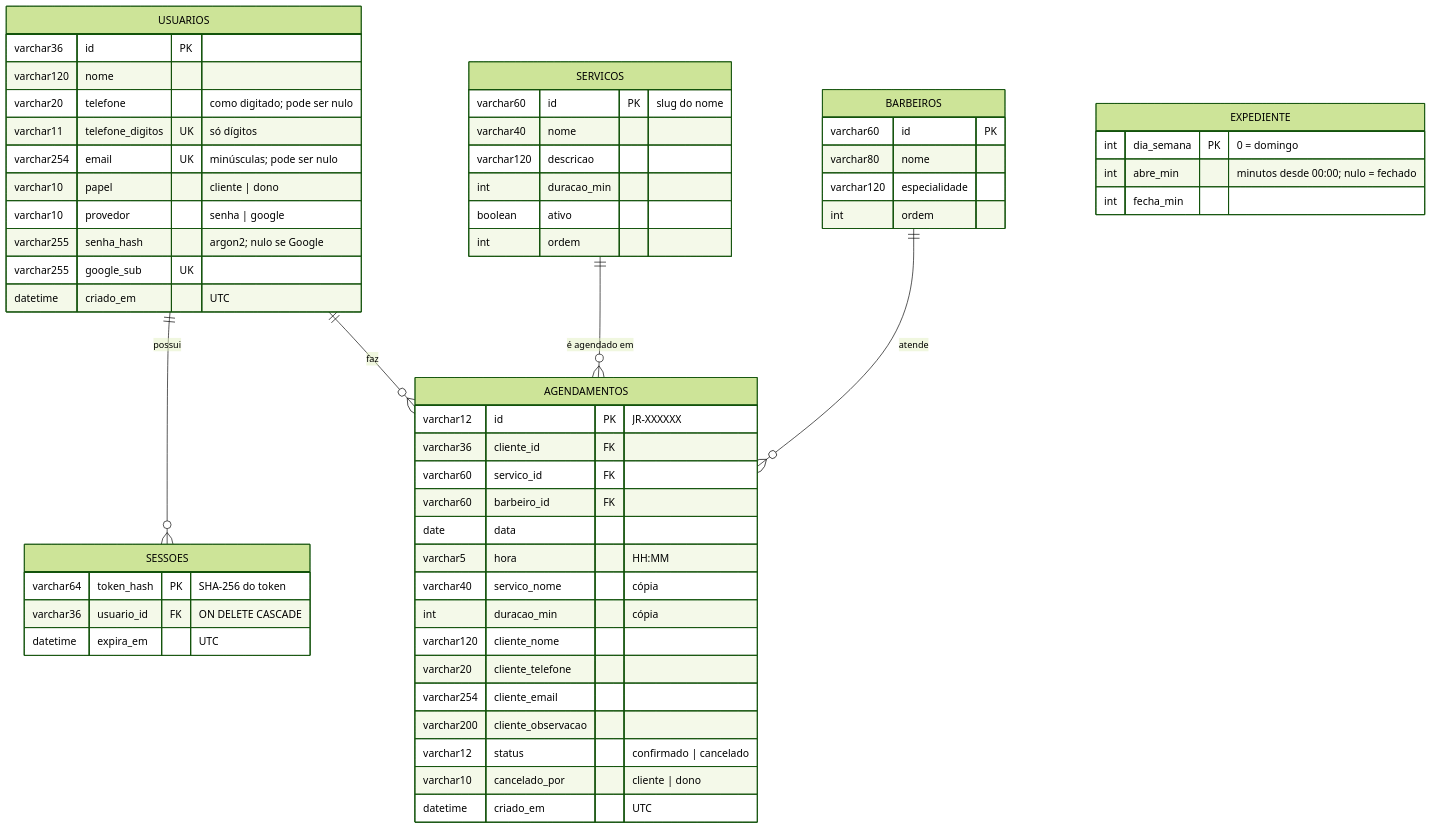
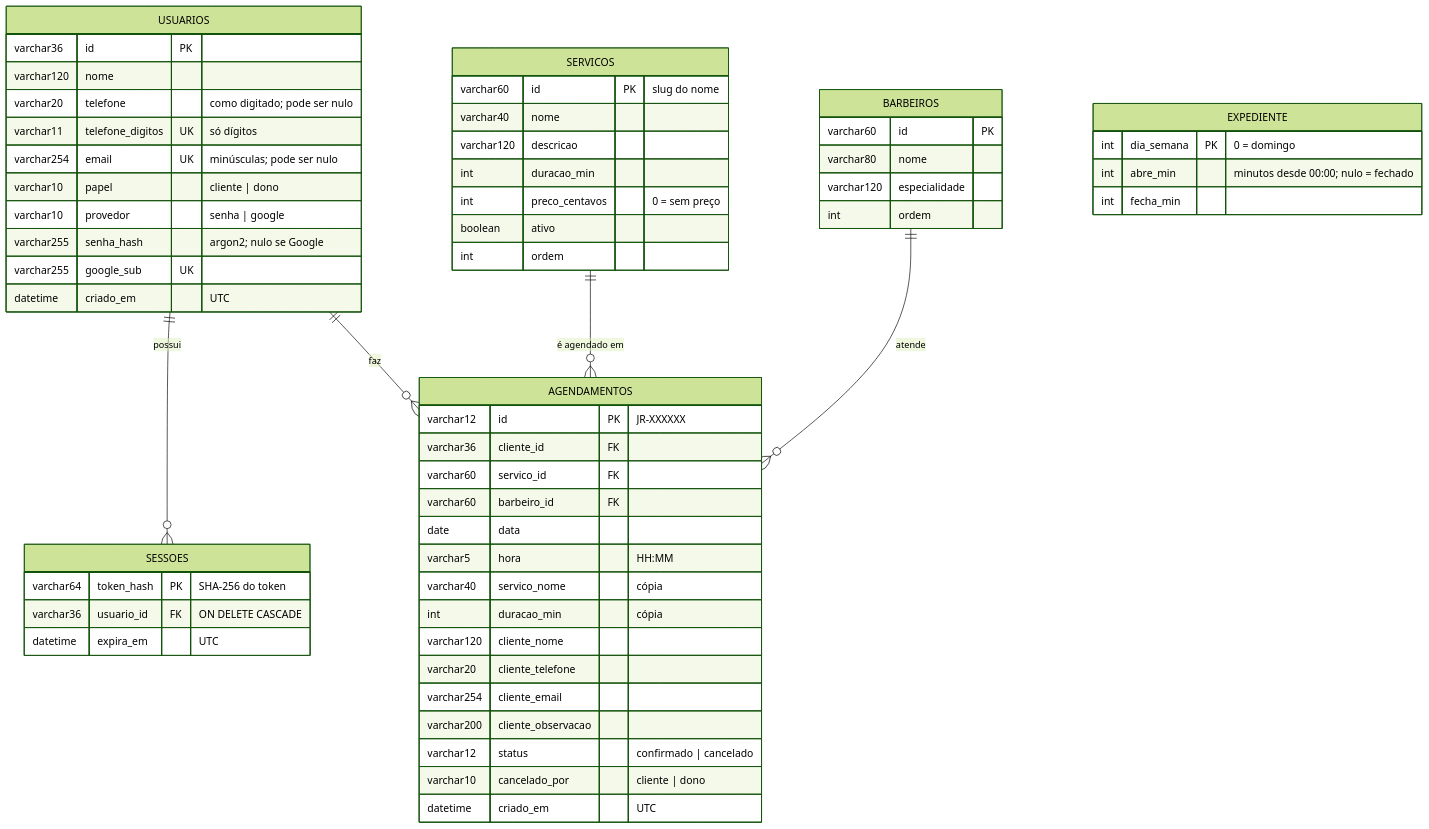
The diagram in docs/diagramas/entidade-relacionamento.md (Jacksonrs/barbearia), drawn with Mermaid (forest theme) before and after one commit. The commit also changed 18 other files, not shown here.

````diff
--- a/docs/diagramas/entidade-relacionamento.md
+++ b/docs/diagramas/entidade-relacionamento.md
@@ -6,66 +6,67 @@
 ```mermaid
 erDiagram
     USUARIOS ||--o{ SESSOES : "possui"
     USUARIOS ||--o{ AGENDAMENTOS : "faz"
     SERVICOS ||--o{ AGENDAMENTOS : "é agendado em"
     BARBEIROS ||--o{ AGENDAMENTOS : "atende"
 
     USUARIOS {
         varchar36 id PK
         varchar120 nome
         varchar20 telefone "como digitado; pode ser nulo"
         varchar11 telefone_digitos UK "só dígitos"
         varchar254 email UK "minúsculas; pode ser nulo"
         varchar10 papel "cliente | dono"
         varchar10 provedor "senha | google"
         varchar255 senha_hash "argon2; nulo se Google"
         varchar255 google_sub UK
         datetime criado_em "UTC"
     }
 
     SESSOES {
         varchar64 token_hash PK "SHA-256 do token"
         varchar36 usuario_id FK "ON DELETE CASCADE"
         datetime expira_em "UTC"
     }
 
     SERVICOS {
         varchar60 id PK "slug do nome"
         varchar40 nome
         varchar120 descricao
         int duracao_min
+        int preco_centavos "0 = sem preço"
         boolean ativo
         int ordem
     }
 
     BARBEIROS {
         varchar60 id PK
         varchar80 nome
         varchar120 especialidade
         int ordem
     }
 
     EXPEDIENTE {
         int dia_semana PK "0 = domingo"
         int abre_min "minutos desde 00:00; nulo = fechado"
         int fecha_min
     }
 
     AGENDAMENTOS {
         varchar12 id PK "JR-XXXXXX"
         varchar36 cliente_id FK
         varchar60 servico_id FK
         varchar60 barbeiro_id FK
         date data
         varchar5 hora "HH:MM"
         varchar40 servico_nome "cópia"
         int duracao_min "cópia"
         varchar120 cliente_nome
         varchar20 cliente_telefone
         varchar254 cliente_email
         varchar200 cliente_observacao
         varchar12 status "confirmado | cancelado"
         varchar10 cancelado_por "cliente | dono"
         datetime criado_em "UTC"
     }
 ```
````
